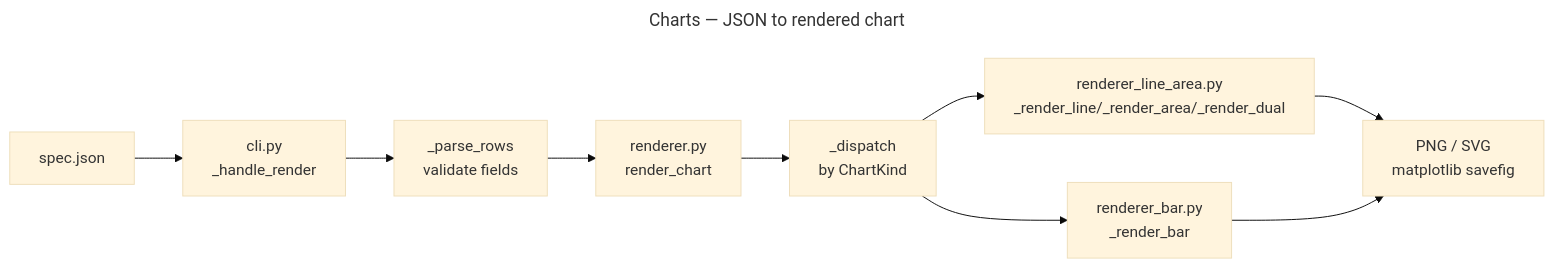
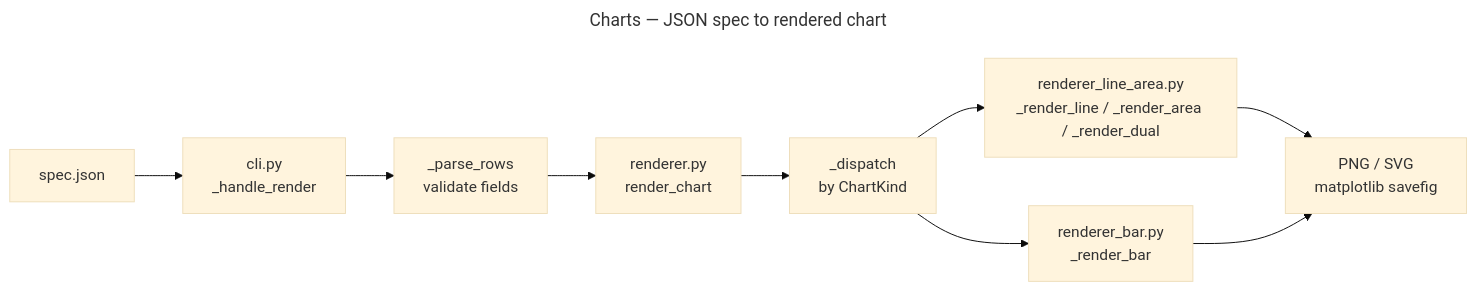
The diagram in src/charts/README.md (dancing-bear-show/dancing-bear), drawn with Mermaid (base theme) before and after one commit. The commit also changed other lines of this file and 45 other files, not shown here.

````diff
--- a/src/charts/README.md
+++ b/src/charts/README.md
@@ -14,14 +19,14 @@
 ```mermaid
 ---
-title: Charts — JSON to rendered chart
+title: Charts — JSON spec to rendered chart
 ---
 flowchart LR
     json[spec.json] --> cli[cli.py\n_handle_render]
     cli --> parse[_parse_rows\nvalidate fields]
     parse --> renderer[renderer.py\nrender_chart]
     renderer --> dispatch[_dispatch\nby ChartKind]
-    dispatch --> line[renderer_line_area.py\n_render_line/_render_area/_render_dual]
+    dispatch --> line[renderer_line_area.py\n_render_line / _render_area / _render_dual]
     dispatch --> bar[renderer_bar.py\n_render_bar]
     line --> out[PNG / SVG\nmatplotlib savefig]
     bar --> out
 ```
````
